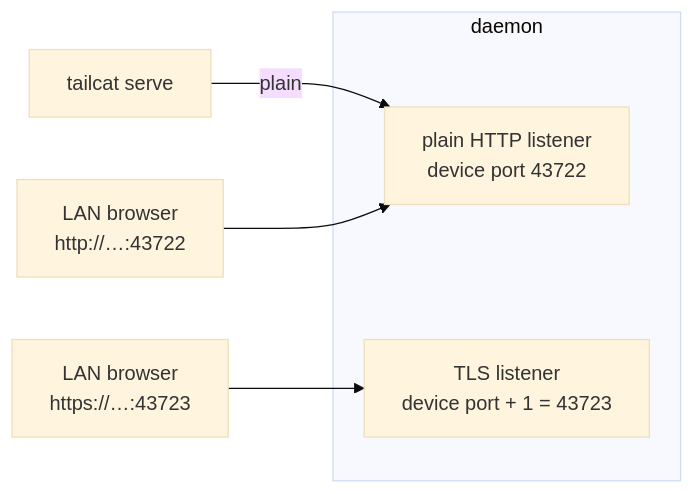
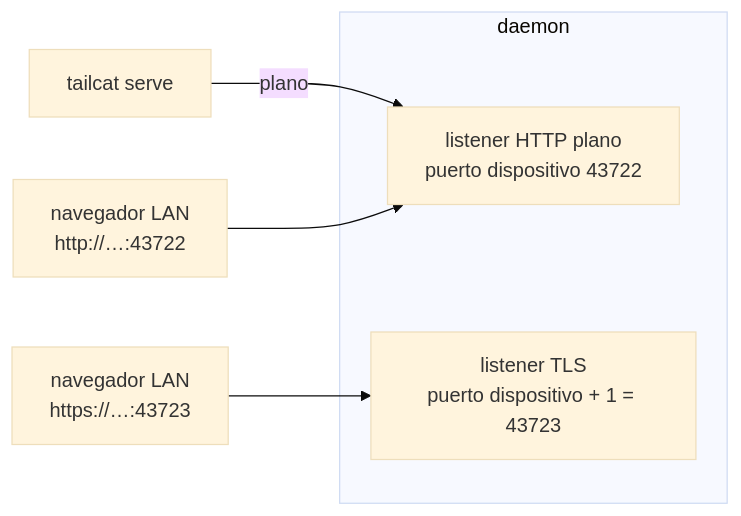
One commit to IAI-00-IAI/gentle-companion changed the diagram in knowledge/subsystems/tls_es-ES.md. Above: the diagram before and after it, drawn with Mermaid (base theme). The commit also changed other lines of this file and 20 other files, not shown here.

````diff
--- a/knowledge/subsystems/tls_es-ES.md
+++ b/knowledge/subsystems/tls_es-ES.md
@@ -68,10 +129,10 @@
 ```mermaid
 graph LR
   subgraph daemon
-    H["plain HTTP listener<br/>device port 43722"]
-    S["TLS listener<br/>device port + 1 = 43723"]
+    H["listener HTTP plano<br/>puerto dispositivo 43722"]
+    S["listener TLS<br/>puerto dispositivo + 1 = 43723"]
   end
-  T["tailcat serve"] -->|plain| H
-  LAN["LAN browser<br/>https://…:43723"] --> S
-  LAN2["LAN browser<br/>http://…:43722"] --> H
+  T["tailcat serve"] -->|plano| H
+  LAN["navegador LAN<br/>https://…:43723"] --> S
+  LAN2["navegador LAN<br/>http://…:43722"] --> H
 ```
````
